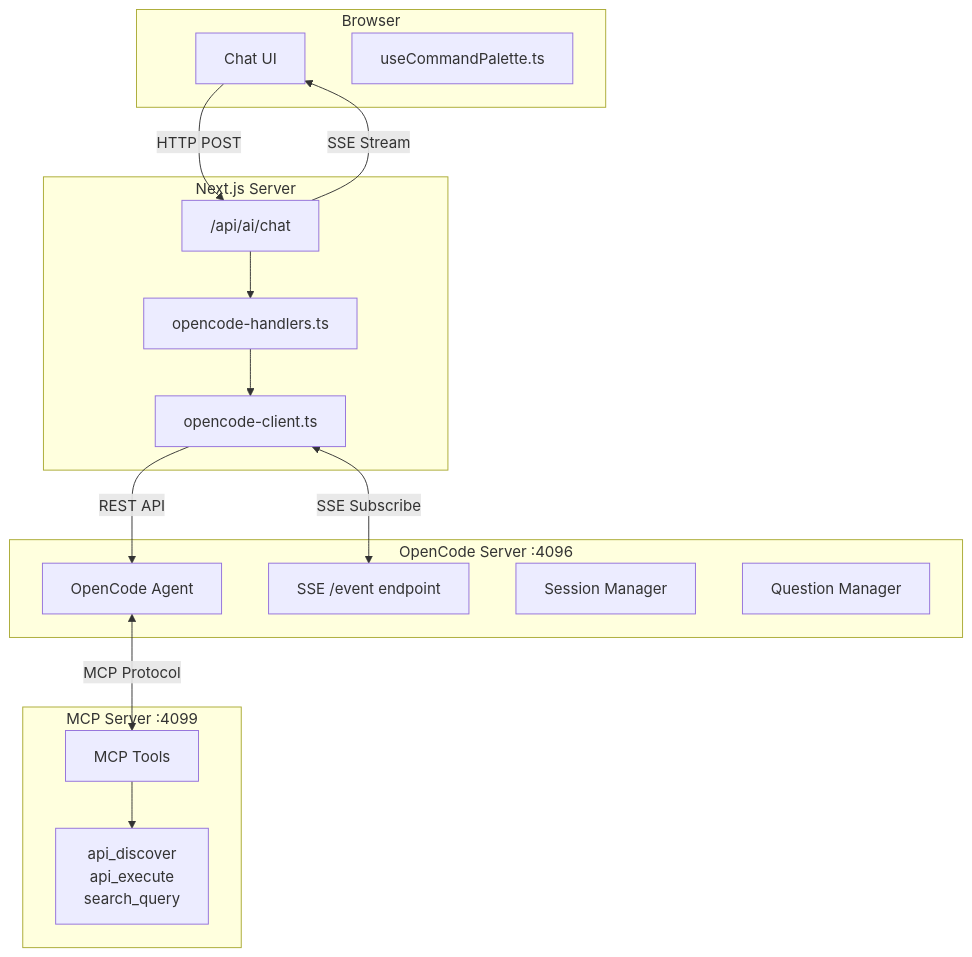
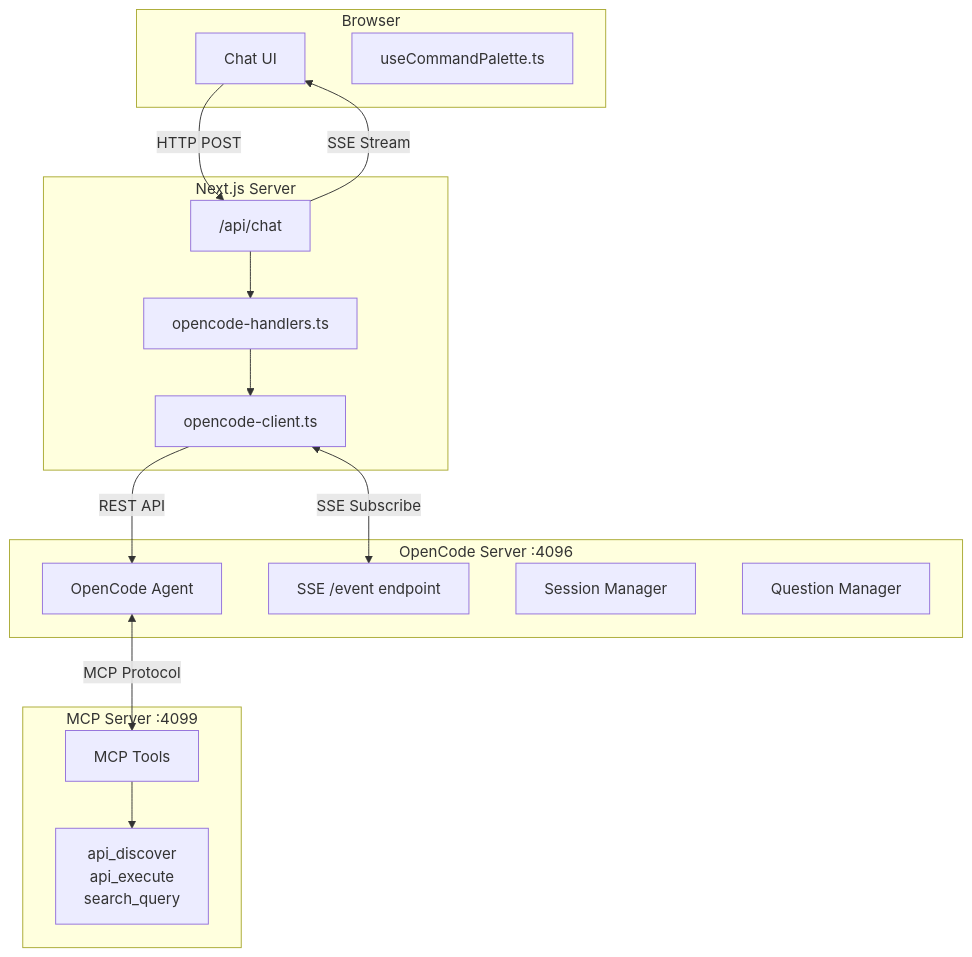
Before and after one commit to open-mercato/open-mercato: the ninth of 15 diagrams in packages/ai-assistant/README.md, drawn with Mermaid. The commit also changed other lines of this file and 40 other files, not shown here.

````diff
--- a/packages/ai-assistant/README.md
+++ b/packages/ai-assistant/README.md
@@ -411,34 +407,34 @@
 ```mermaid
 graph TB
     subgraph "Browser"
         UI[Chat UI]
         Hook[useCommandPalette.ts]
     end
 
     subgraph "Next.js Server"
-        Route["/api/ai/chat"]
+        Route["/api/chat"]
         Handlers[opencode-handlers.ts]
         Client[opencode-client.ts]
     end
 
     subgraph "OpenCode Server :4096"
         OC[OpenCode Agent]
         SSE[SSE /event endpoint]
         Sessions[Session Manager]
         Questions[Question Manager]
     end
 
     subgraph "MCP Server :4099"
         MCP[MCP Tools]
         Tools[api_discover<br/>api_execute<br/>search_query]
     end
 
     UI -->|"HTTP POST"| Route
     Route -->|"SSE Stream"| UI
     Route --> Handlers
     Handlers --> Client
     Client -->|"REST API"| OC
     Client <-->|"SSE Subscribe"| SSE
     OC <-->|"MCP Protocol"| MCP
     MCP --> Tools
 ```
````
